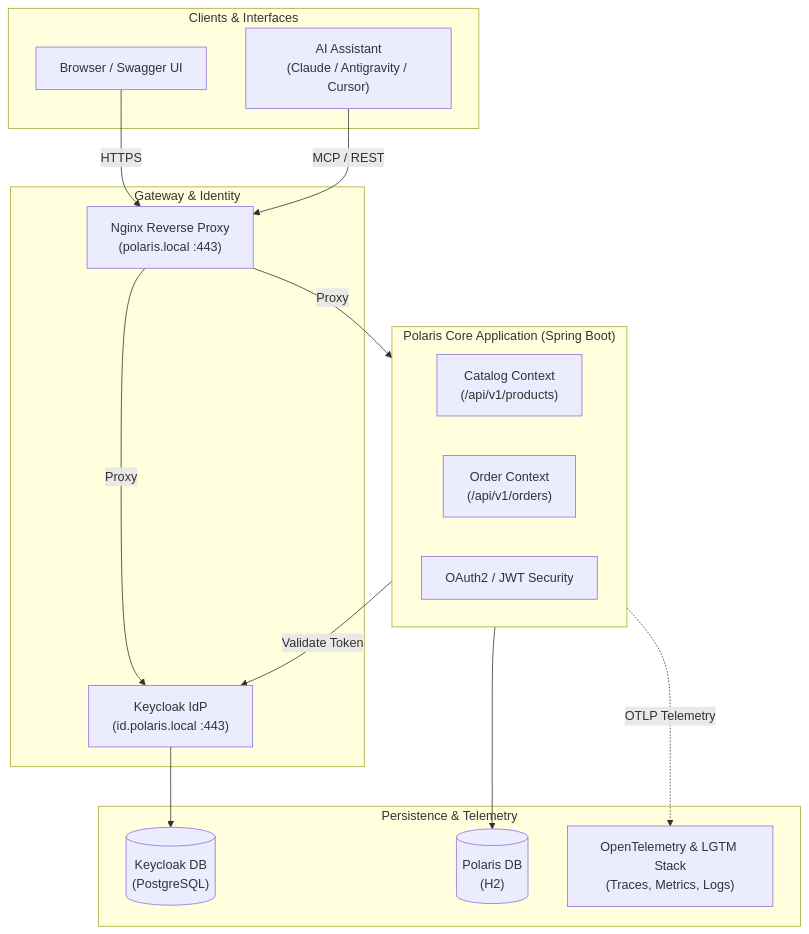
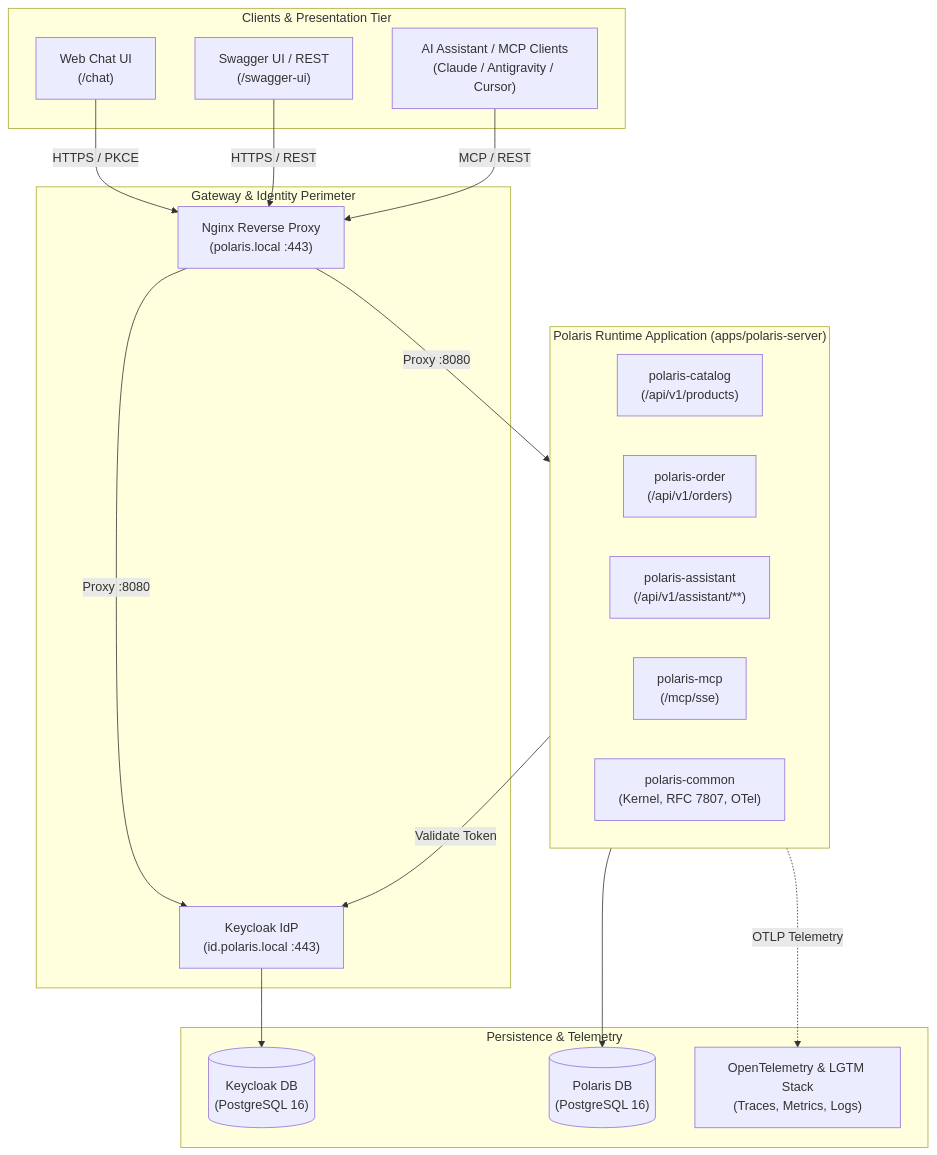
Before and after one commit to vungdv/hometask1: the diagram in src/java/03-Polaris/README.md, drawn with Mermaid. The commit also changed other lines of this file and 12 other files, not shown here.

````diff
--- a/src/java/03-Polaris/README.md
+++ b/src/java/03-Polaris/README.md
@@ -31,33 +42,37 @@
 ```mermaid
 flowchart TB
-    subgraph Clients["Clients & Interfaces"]
-        Browser["Browser / Swagger UI"]
-        AIAssistant["AI Assistant<br/>(Claude / Antigravity / Cursor)"]
+    subgraph Clients["Clients & Presentation Tier"]
+        WebChat["Web Chat UI<br/>(/chat)"]
+        SwaggerUI["Swagger UI / REST<br/>(/swagger-ui)"]
+        AIAssistant["AI Assistant / MCP Clients<br/>(Claude / Antigravity / Cursor)"]
     end
 
-    subgraph Gateway["Gateway & Identity"]
+    subgraph Gateway["Gateway & Identity Perimeter"]
         Nginx["Nginx Reverse Proxy<br/>(polaris.local :443)"]
         Keycloak["Keycloak IdP<br/>(id.polaris.local :443)"]
     end
 
-    subgraph Core["Polaris Core Application (Spring Boot)"]
-        CatalogCtx["Catalog Context<br/>(/api/v1/products)"]
-        OrderCtx["Order Context<br/>(/api/v1/orders)"]
-        Security["OAuth2 / JWT Security"]
+    subgraph App["Polaris Runtime Application (apps/polaris-server)"]
+        CatalogMod["polaris-catalog<br/>(/api/v1/products)"]
+        OrderMod["polaris-order<br/>(/api/v1/orders)"]
+        AssistantMod["polaris-assistant<br/>(/api/v1/assistant/**)"]
+        McpMod["polaris-mcp<br/>(/mcp/sse)"]
+        CommonMod["polaris-common<br/>(Kernel, RFC 7807, OTel)"]
     end
 
     subgraph Storage["Persistence & Telemetry"]
-        H2[("Polaris DB<br/>(H2)")]
-        Postgres[("Keycloak DB<br/>(PostgreSQL)")]
+        PolarisDB[("Polaris DB<br/>(PostgreSQL 16)")]
+        KeycloakDB[("Keycloak DB<br/>(PostgreSQL 16)")]
         OTel["OpenTelemetry & LGTM Stack<br/>(Traces, Metrics, Logs)"]
     end
 
-    Browser -->|HTTPS| Nginx
+    WebChat -->|HTTPS / PKCE| Nginx
+    SwaggerUI -->|HTTPS / REST| Nginx
     AIAssistant -->|MCP / REST| Nginx
-    Nginx -->|Proxy| Core
-    Nginx -->|Proxy| Keycloak
-    Core -->|Validate Token| Keycloak
-    Core --> H2
-    Keycloak --> Postgres
-    Core -.->|OTLP Telemetry| OTel
+    Nginx -->|Proxy :8080| App
+    Nginx -->|Proxy :8080| Keycloak
+    App -->|Validate Token| Keycloak
+    App --> PolarisDB
+    Keycloak --> KeycloakDB
+    App -.->|OTLP Telemetry| OTel
 ```
````
